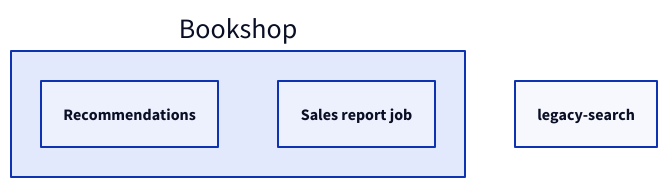
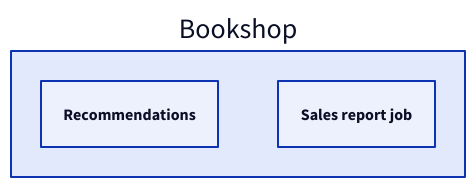
One commit to codetent/mapitect changed the first of 2 diagrams in packages/vscode/README.md. Above: the diagram before and after it, drawn with D2. The commit also changed other lines of this file and 8 other files, not shown here.

````diff
--- a/packages/vscode/README.md
+++ b/packages/vscode/README.md
@@ -59,11 +59,10 @@
 ```d2
 shop: Bookshop {
   recommendations: Recommendations {
     vars: {status: future}
   }
   export: Sales report job {
     vars: {status: deprecated}
   }
 }
-legacy-search.vars: {status: removed}
 ```
````
